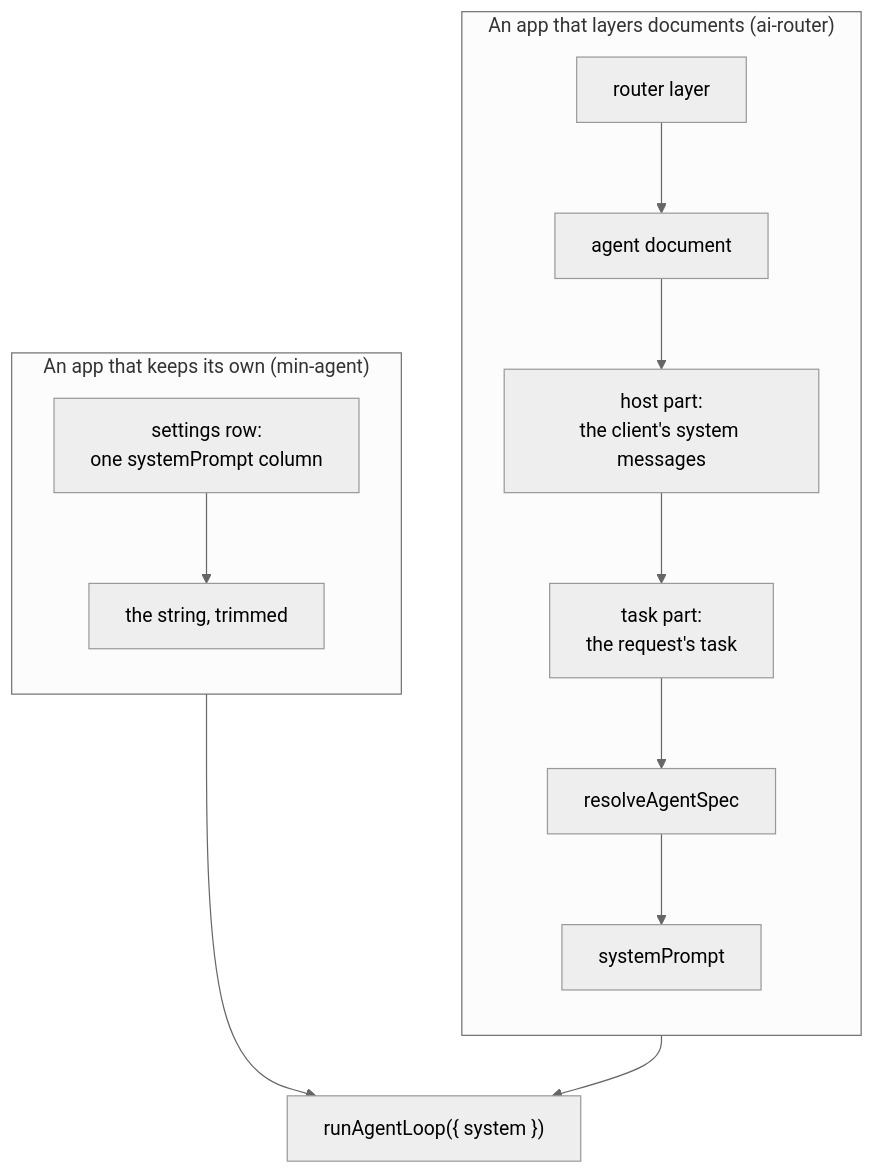
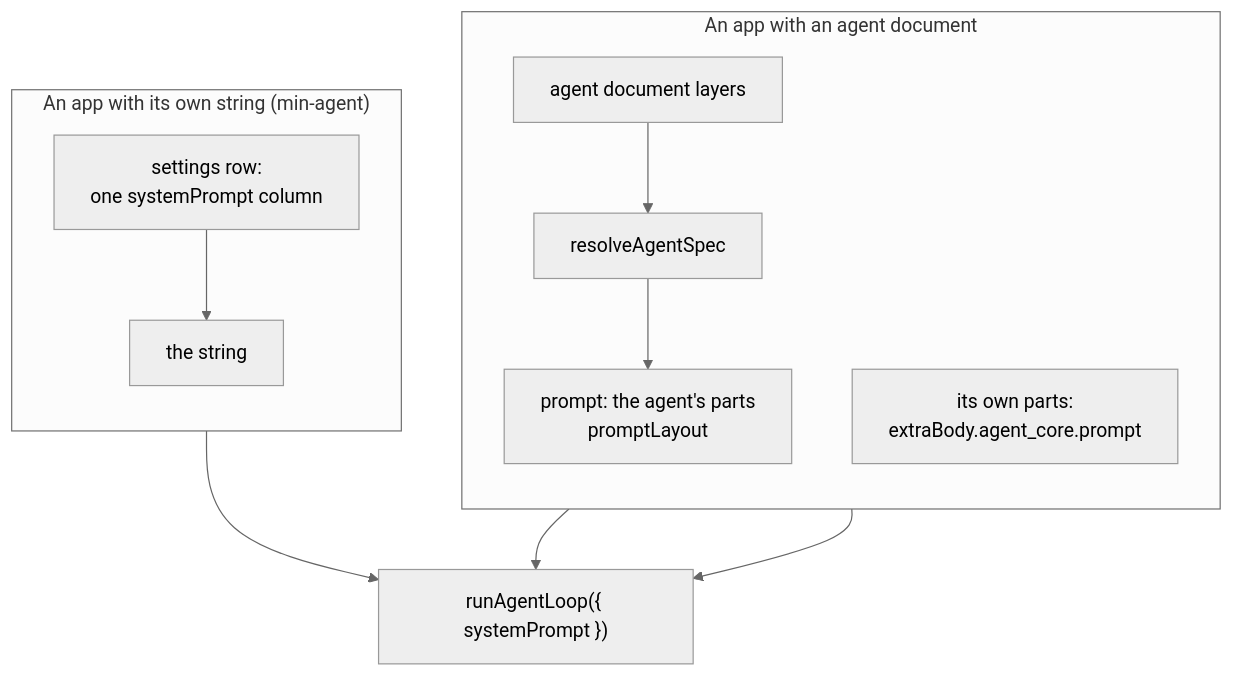
The third of 9 diagrams in HOW-IT-WORKS.md (cubicecho/agent-core), drawn with Mermaid (neutral theme) before and after one commit. The commit also changed other lines of this file and 7 other files, not shown here.

First line of the commit message:
docs: describe the prompt spec as built (D13)

````diff
--- a/HOW-IT-WORKS.md
+++ b/HOW-IT-WORKS.md
@@ -95,14 +92,15 @@
 ```mermaid
 flowchart TB
-  subgraph Layered["An app that layers documents (ai-router)"]
+  subgraph Parts["An app with an agent document"]
     direction TB
-    l1["router layer"] --> l2["agent document"] --> l3["host part:<br/>the client's system messages"] --> l4["task part:<br/>the request's task"]
-    l4 --> lr["resolveAgentSpec"] --> ls["systemPrompt"]
+    d1["agent document layers"] --> dr["resolveAgentSpec"] --> dp["prompt: the agent's parts<br/>promptLayout"]
+    ap["its own parts:<br/>extraBody.agent_core.prompt"]
   end
-  subgraph Own["An app that keeps its own (min-agent)"]
+  subgraph Own["An app with its own string (min-agent)"]
     direction TB
-    o1["settings row:<br/>one systemPrompt column"] --> os["the string, trimmed"]
+    o1["settings row:<br/>one systemPrompt column"] --> os["the string"]
   end
-  ls --> sys["runAgentLoop({ system })"]
-  os --> sys
+  dp --> loop["runAgentLoop({ systemPrompt })"]
+  ap --> loop
+  os --> loop
 ```
````
